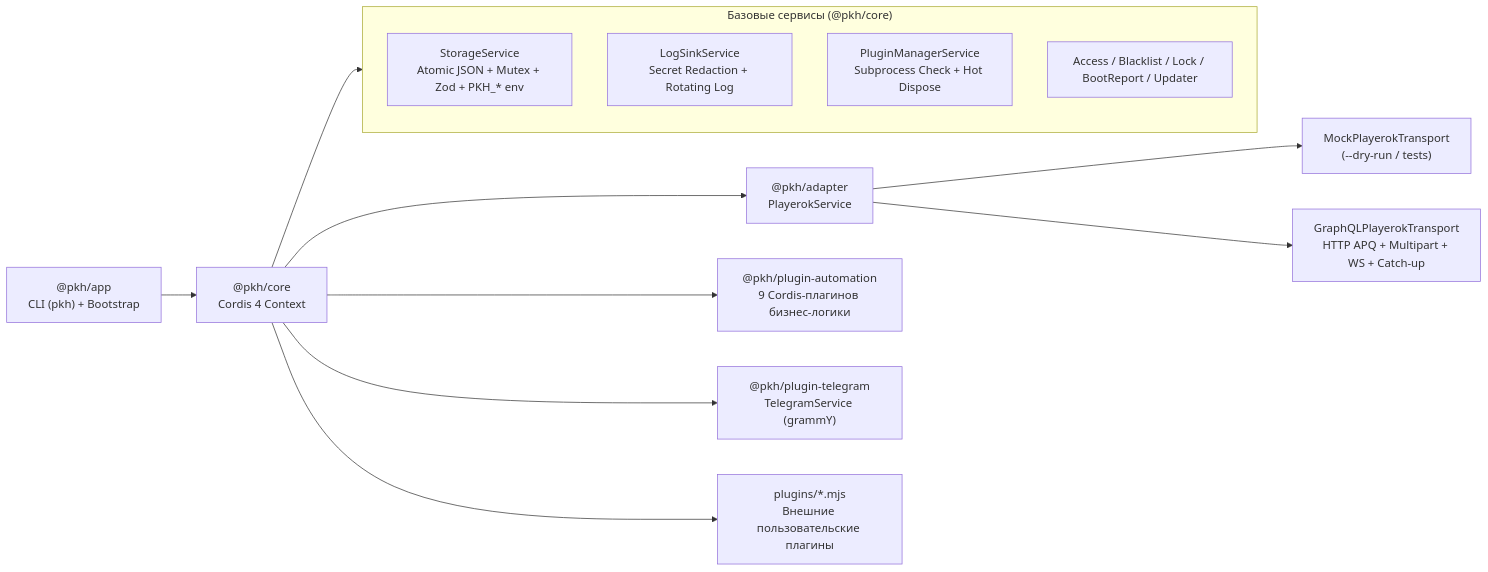
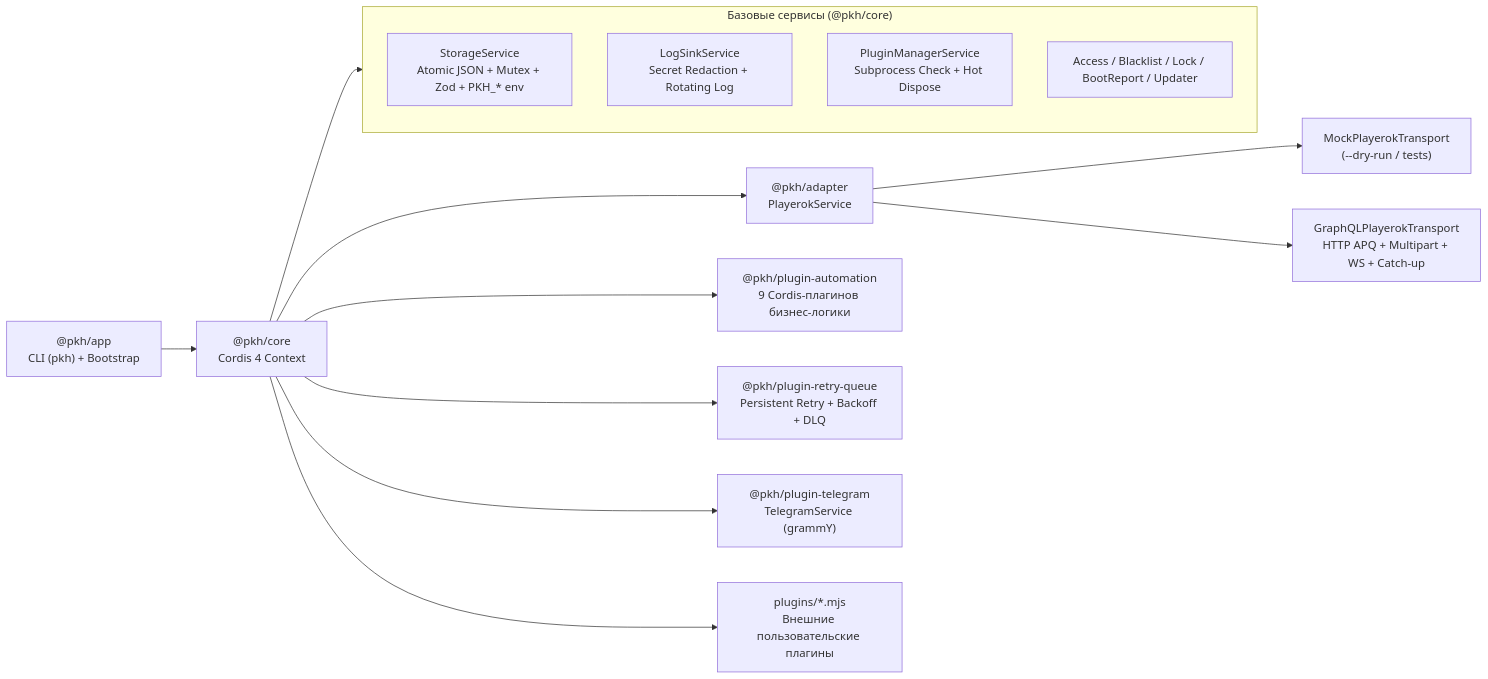
Before and after one commit to princeofscale/playerokharness: the diagram in README.md, drawn with Mermaid. The commit also changed other lines of this file and 23 other files, not shown here.

Commit message:
feat: add @pkh/plugin-retry-queue with exponential backoff, dead-letter queue, and Telegram management

````diff
--- a/README.md
+++ b/README.md
@@ -47,20 +47,21 @@
 ```mermaid
 flowchart LR
   CLI["@pkh/app<br/>CLI (pkh) + Bootstrap"] --> Core["@pkh/core<br/>Cordis 4 Context"]
 
   subgraph CoreServices ["Базовые сервисы (@pkh/core)"]
     Storage["StorageService<br/>Atomic JSON + Mutex + Zod + PKH_* env"]
     Logs["LogSinkService<br/>Secret Redaction + Rotating Log"]
     Plugins["PluginManagerService<br/>Subprocess Check + Hot Dispose"]
     Sec["Access / Blacklist / Lock / BootReport / Updater"]
   end
 
   Core --> CoreServices
   Core --> Adapter["@pkh/adapter<br/>PlayerokService"]
   Adapter --> Mock["MockPlayerokTransport<br/>(--dry-run / tests)"]
   Adapter --> GQL["GraphQLPlayerokTransport<br/>HTTP APQ + Multipart + WS + Catch-up"]
 
   Core --> Auto["@pkh/plugin-automation<br/>9 Cordis-плагинов бизнес-логики"]
+  Core --> Retry["@pkh/plugin-retry-queue<br/>Persistent Retry + Backoff + DLQ"]
   Core --> TG["@pkh/plugin-telegram<br/>TelegramService (grammY)"]
   Core --> Ext["plugins/*.mjs<br/>Внешние пользовательские плагины"]
 ```
````
